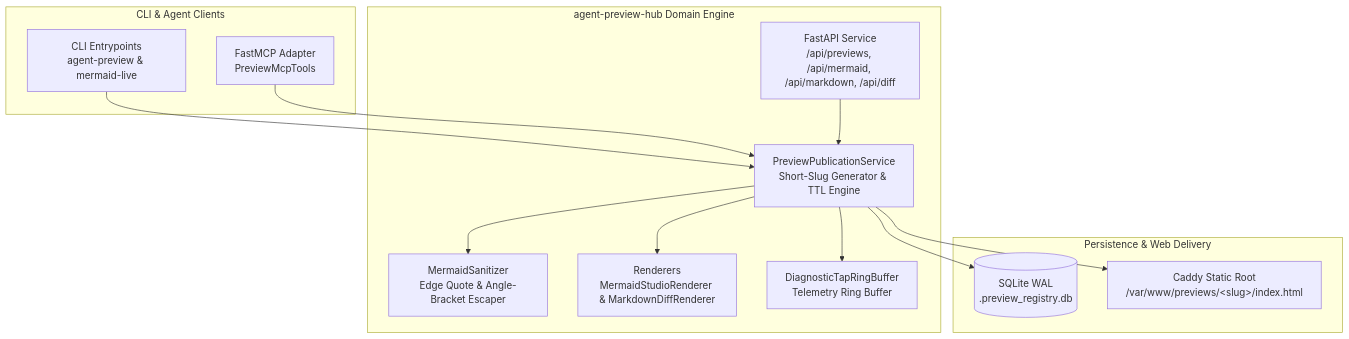
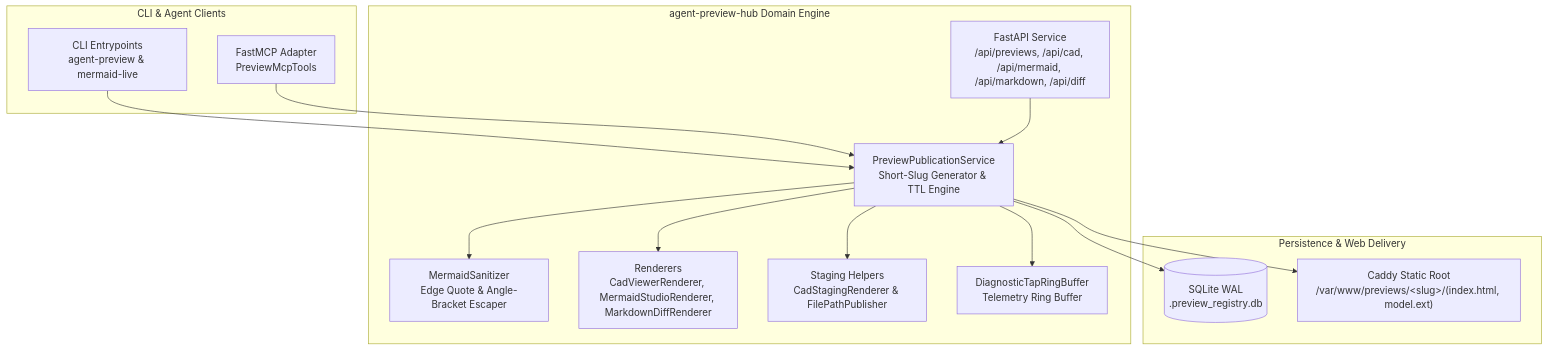
One commit to spelech/agent-preview-hub changed the first of 2 diagrams in ARCHITECTURE.md. Above: the diagram before and after it, drawn with Mermaid. The commit also changed other lines of this file and 3 other files, not shown here.

Commit message:
docs,test: add CAD retention test, quickstart docs, and architecture updates (#11)

````diff
--- a/ARCHITECTURE.md
+++ b/ARCHITECTURE.md
@@ -11,29 +11,31 @@
 ```mermaid
 flowchart TD
     subgraph Clients["CLI & Agent Clients"]
         CLI["CLI Entrypoints<br/>agent-preview & mermaid-live"]
         MCP["FastMCP Adapter<br/>PreviewMcpTools"]
     end
 
     subgraph Core["agent-preview-hub Domain Engine"]
-        API["FastAPI Service<br/>/api/previews, /api/mermaid, /api/markdown, /api/diff"]
+        API["FastAPI Service<br/>/api/previews, /api/cad, /api/mermaid, /api/markdown, /api/diff"]
         SVC["PreviewPublicationService<br/>Short-Slug Generator & TTL Engine"]
         SAN["MermaidSanitizer<br/>Edge Quote & Angle-Bracket Escaper"]
-        RND["Renderers<br/>MermaidStudioRenderer & MarkdownDiffRenderer"]
+        RND["Renderers<br/>CadViewerRenderer, MermaidStudioRenderer, MarkdownDiffRenderer"]
+        STG["Staging Helpers<br/>CadStagingRenderer & FilePathPublisher"]
         TAP["DiagnosticTapRingBuffer<br/>Telemetry Ring Buffer"]
     end
 
     subgraph Storage["Persistence & Web Delivery"]
         DB[("SQLite WAL<br/>.preview_registry.db")]
-        FS["Caddy Static Root<br/>/var/www/previews/&lt;slug&gt;/index.html"]
+        FS["Caddy Static Root<br/>/var/www/previews/&lt;slug&gt;/(index.html, model.ext)"]
     end
 
     CLI --> SVC
     MCP --> SVC
     API --> SVC
     SVC --> SAN
     SVC --> RND
+    SVC --> STG
     SVC --> DB
     SVC --> FS
     SVC --> TAP
 ```
````
